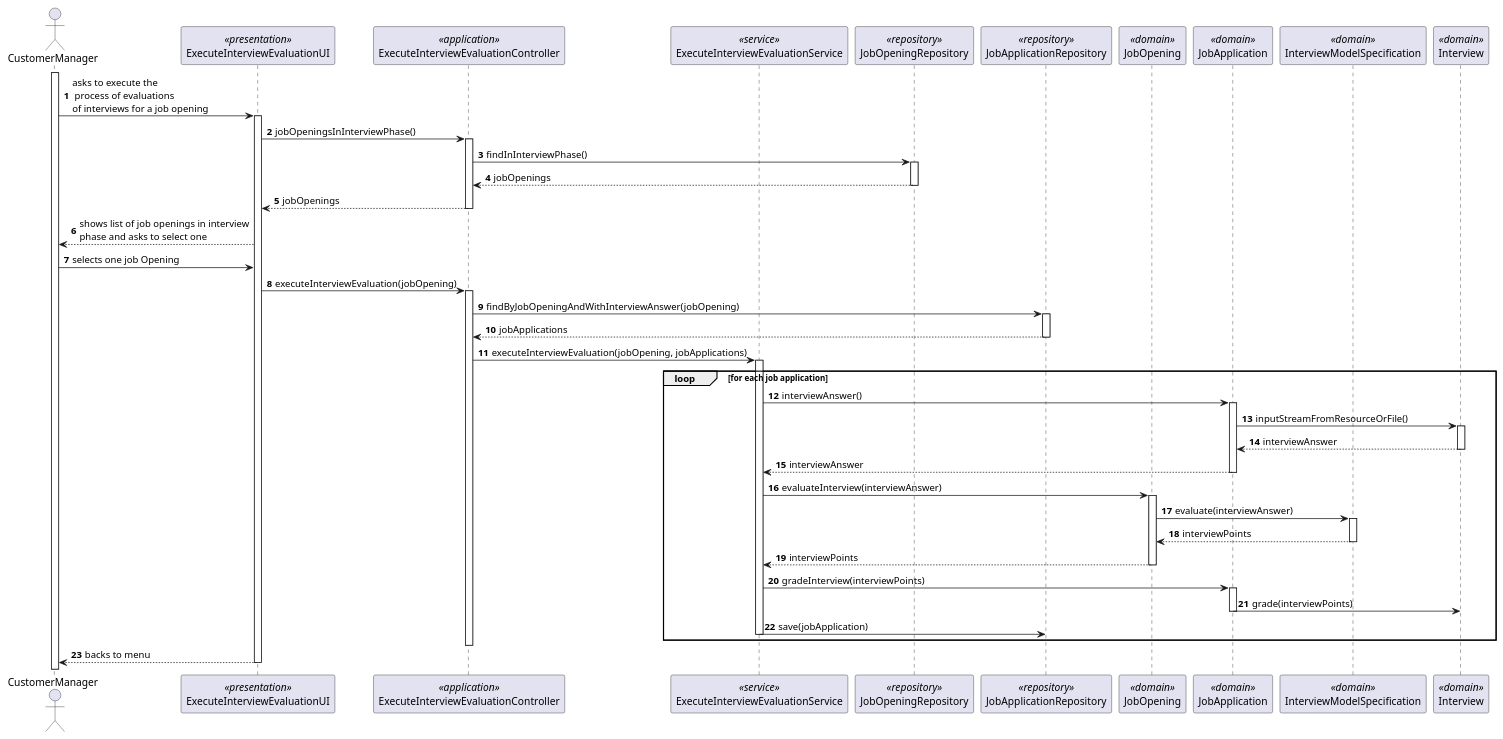
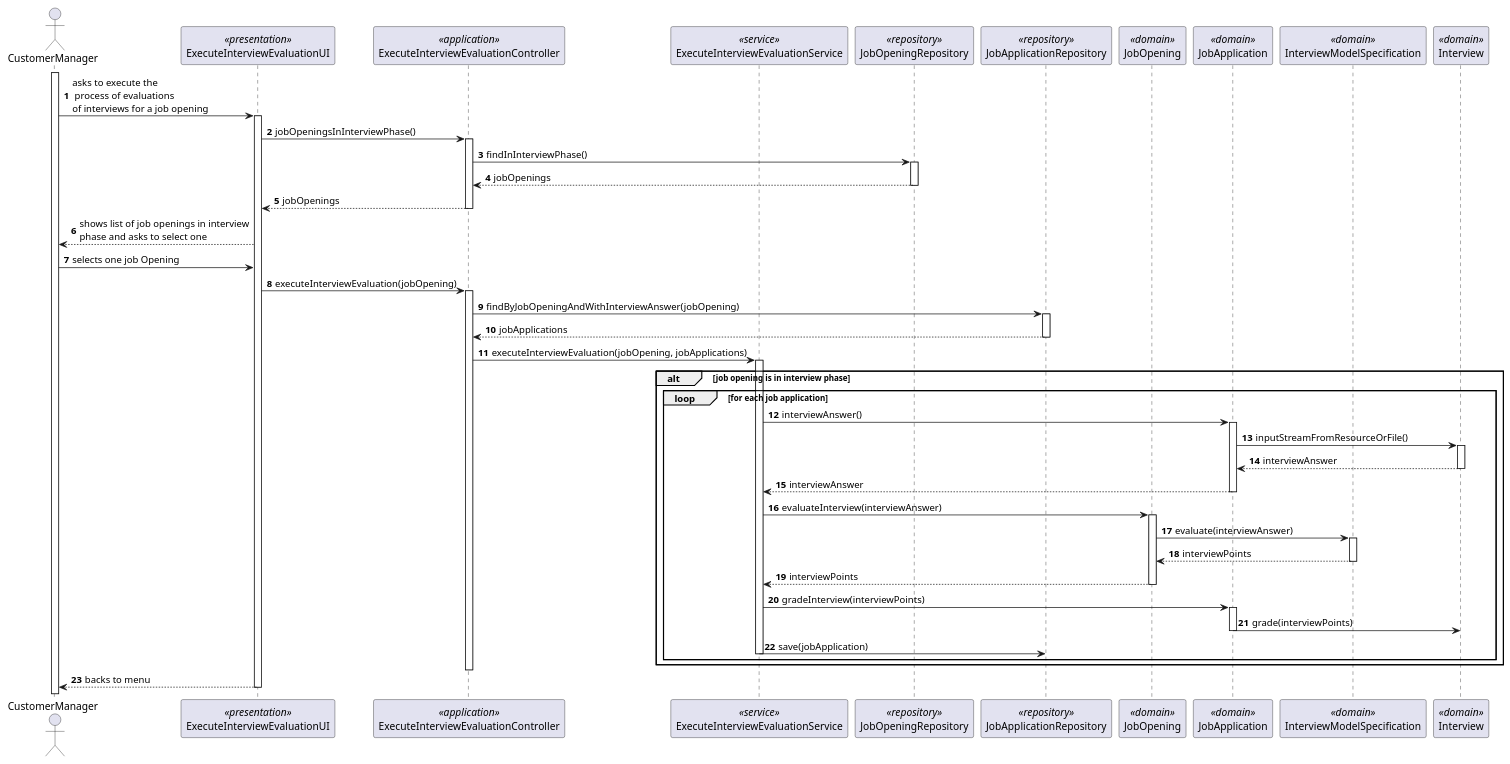
Before and after one commit to Rodrick0209/ISEP-SEM4PI-23-24: the diagram in docs/SprintC/us1018/SD/SD.puml, drawn with PlantUML. The commit also changed 1 other file, not shown here.

```diff
--- a/docs/SprintC/us1018/SD/SD.puml
+++ b/docs/SprintC/us1018/SD/SD.puml
@@ -1,67 +1,69 @@
 @startuml
 'https://plantuml.com/sequence-diagram
 
 autonumber
 
 actor CustomerManager
 participant ExecuteInterviewEvaluationUI <<presentation>>
 participant ExecuteInterviewEvaluationController <<application>>
 participant ExecuteInterviewEvaluationService <<service>>
 participant JobOpeningRepository <<repository>>
 participant JobApplicationRepository <<repository>>
 participant JobOpening <<domain>>
 participant JobApplication <<domain>>
 participant InterviewModelSpecification <<domain>>
 participant Interview <<domain>>
 
 
 activate CustomerManager
 CustomerManager -> ExecuteInterviewEvaluationUI : asks to execute the\n process of evaluations\nof interviews for a job opening
 activate ExecuteInterviewEvaluationUI
 ExecuteInterviewEvaluationUI -> ExecuteInterviewEvaluationController : jobOpeningsInInterviewPhase()
 activate ExecuteInterviewEvaluationController
 ExecuteInterviewEvaluationController -> JobOpeningRepository : findInInterviewPhase()
 activate JobOpeningRepository
 JobOpeningRepository --> ExecuteInterviewEvaluationController : jobOpenings
 deactivate JobOpeningRepository
 ExecuteInterviewEvaluationController --> ExecuteInterviewEvaluationUI : jobOpenings
 deactivate ExecuteInterviewEvaluationController
 ExecuteInterviewEvaluationUI --> CustomerManager : shows list of job openings in interview\nphase and asks to select one
 CustomerManager -> ExecuteInterviewEvaluationUI : selects one job Opening
 ExecuteInterviewEvaluationUI -> ExecuteInterviewEvaluationController : executeInterviewEvaluation(jobOpening)
 activate ExecuteInterviewEvaluationController
 ExecuteInterviewEvaluationController -> JobApplicationRepository : findByJobOpeningAndWithInterviewAnswer(jobOpening)
 activate JobApplicationRepository
 JobApplicationRepository --> ExecuteInterviewEvaluationController : jobApplications
 deactivate JobApplicationRepository
 ExecuteInterviewEvaluationController -> ExecuteInterviewEvaluationService : executeInterviewEvaluation(jobOpening, jobApplications)
 activate ExecuteInterviewEvaluationService
+alt job opening is in interview phase
 loop for each job application
 ExecuteInterviewEvaluationService -> JobApplication : interviewAnswer()
 activate JobApplication
 JobApplication -> Interview : inputStreamFromResourceOrFile()
 activate Interview
 Interview --> JobApplication : interviewAnswer
 deactivate Interview
 JobApplication --> ExecuteInterviewEvaluationService : interviewAnswer
 deactivate JobApplication
 ExecuteInterviewEvaluationService -> JobOpening : evaluateInterview(interviewAnswer)
 activate JobOpening
 JobOpening -> InterviewModelSpecification : evaluate(interviewAnswer)
 activate InterviewModelSpecification
 InterviewModelSpecification --> JobOpening : interviewPoints
 deactivate InterviewModelSpecification
 JobOpening --> ExecuteInterviewEvaluationService : interviewPoints
 deactivate JobOpening
 ExecuteInterviewEvaluationService -> JobApplication : gradeInterview(interviewPoints)
 activate JobApplication
 JobApplication -> Interview : grade(interviewPoints)
 deactivate JobApplication
 ExecuteInterviewEvaluationService -> JobApplicationRepository : save(jobApplication)
 deactivate ExecuteInterviewEvaluationService
 end loop
+end alt
 deactivate ExecuteInterviewEvaluationController
 ExecuteInterviewEvaluationUI --> CustomerManager : backs to menu
 deactivate ExecuteInterviewEvaluationUI
 
 @enduml
```
